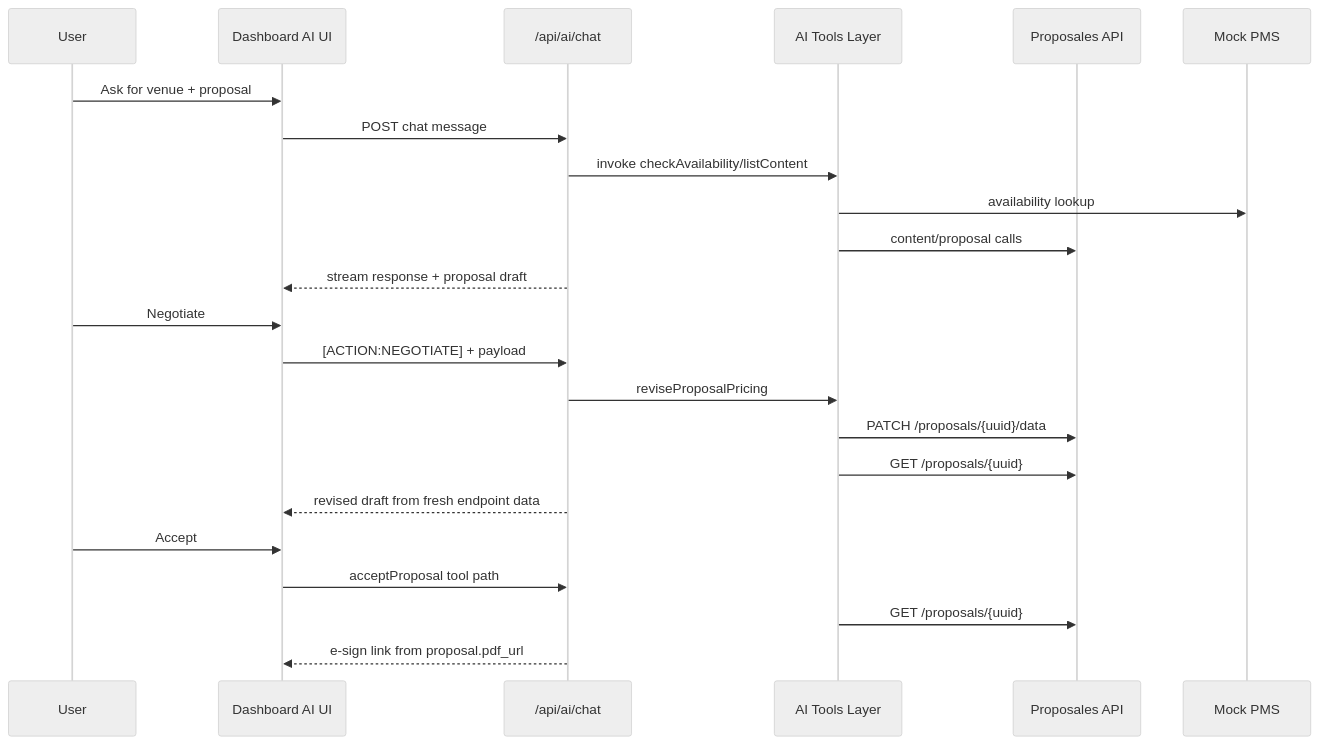
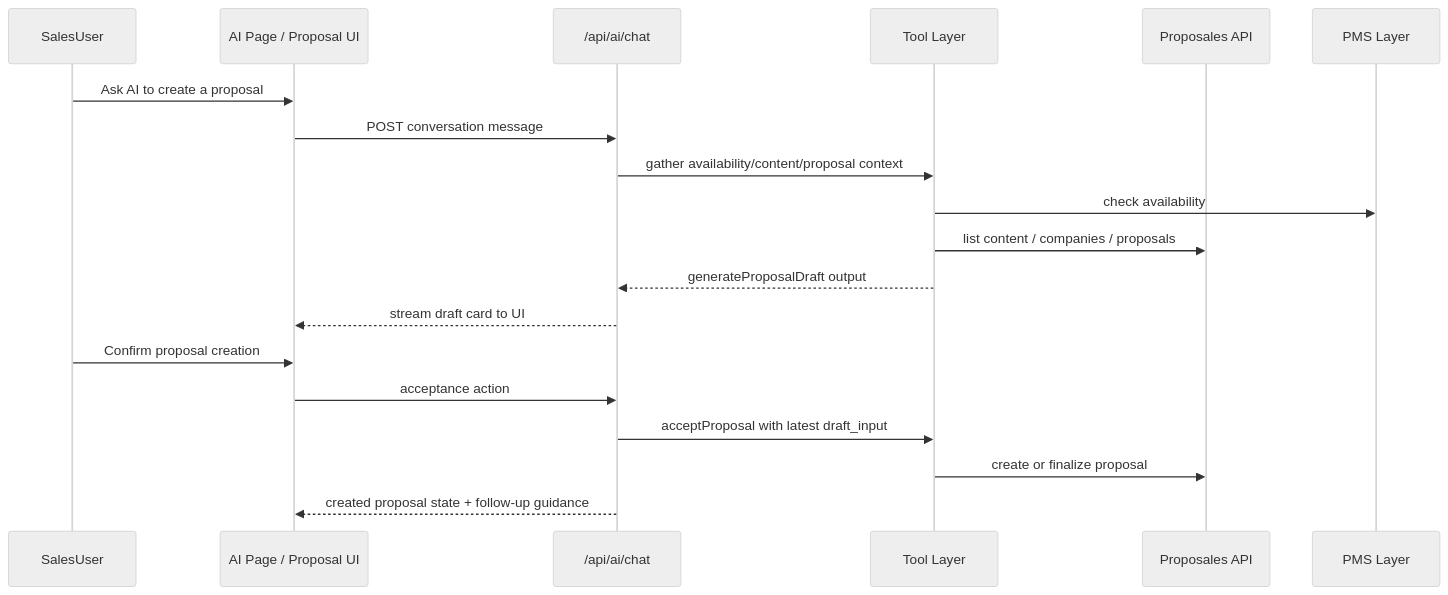
One commit to ponraj1989/proposales-case changed the second of 4 diagrams in docs/system-design.md. Above: the diagram before and after it, drawn with Mermaid (neutral theme). The commit also changed other lines of this file and 1 other file, not shown here.

Commit message:
follow prompt fix

````diff
--- a/docs/system-design.md
+++ b/docs/system-design.md
@@ -40,28 +191,23 @@
 ```mermaid
 sequenceDiagram
-    participant User
-    participant UI as Dashboard AI UI
+    participant SalesUser
+    participant UI as AI Page / Proposal UI
     participant ChatAPI as /api/ai/chat
-    participant Tools as AI Tools Layer
-    participant Proposales as Proposales API
-    participant PMS as Mock PMS
+    participant Tools as Tool Layer
+    participant Prop as Proposales API
+    participant PMS as PMS Layer
 
-    User->>UI: Ask for venue + proposal
-    UI->>ChatAPI: POST chat message
-    ChatAPI->>Tools: invoke checkAvailability/listContent
-    Tools->>PMS: availability lookup
-    Tools->>Proposales: content/proposal calls
-    ChatAPI-->>UI: stream response + proposal draft
+    SalesUser->>UI: Ask AI to create a proposal
+    UI->>ChatAPI: POST conversation message
+    ChatAPI->>Tools: gather availability/content/proposal context
+    Tools->>PMS: check availability
+    Tools->>Prop: list content / companies / proposals
+    Tools-->>ChatAPI: generateProposalDraft output
+    ChatAPI-->>UI: stream draft card to UI
 
-    User->>UI: Negotiate
-    UI->>ChatAPI: [ACTION:NEGOTIATE] + payload
-    ChatAPI->>Tools: reviseProposalPricing
-    Tools->>Proposales: PATCH /proposals/{uuid}/data
-    Tools->>Proposales: GET /proposals/{uuid}
-    ChatAPI-->>UI: revised draft from fresh endpoint data
-
-    User->>UI: Accept
-    UI->>ChatAPI: acceptProposal tool path
-    Tools->>Proposales: GET /proposals/{uuid}
-    ChatAPI-->>UI: e-sign link from proposal.pdf_url
+    SalesUser->>UI: Confirm proposal creation
+    UI->>ChatAPI: acceptance action
+    ChatAPI->>Tools: acceptProposal with latest draft_input
+    Tools->>Prop: create or finalize proposal
+    ChatAPI-->>UI: created proposal state + follow-up guidance
 ```
````
